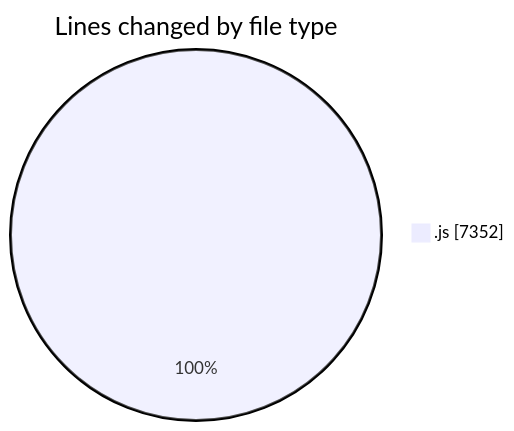
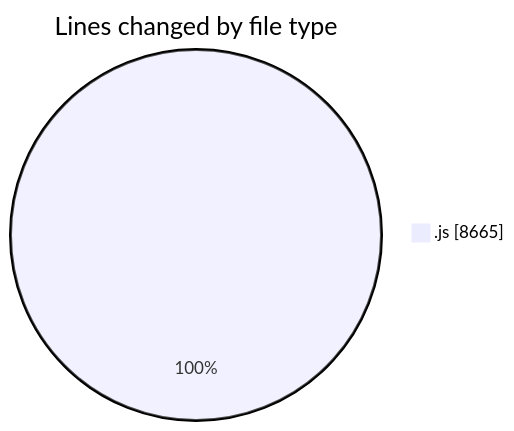
Before and after one commit to nxtqubesakshisongat/code-tracking: the first of 2 diagrams in 2025-08-11/nxtqube_webapp/README.md, drawn with Mermaid. The commit also changed other lines of this file and 1 other file, not shown here.

````diff
--- a/2025-08-11/nxtqube_webapp/README.md
+++ b/2025-08-11/nxtqube_webapp/README.md
@@ -21,5 +21,5 @@
 ```mermaid
 pie showData
 title Lines changed by file type
-".js" : 7352
+".js" : 8665
 ```
````
